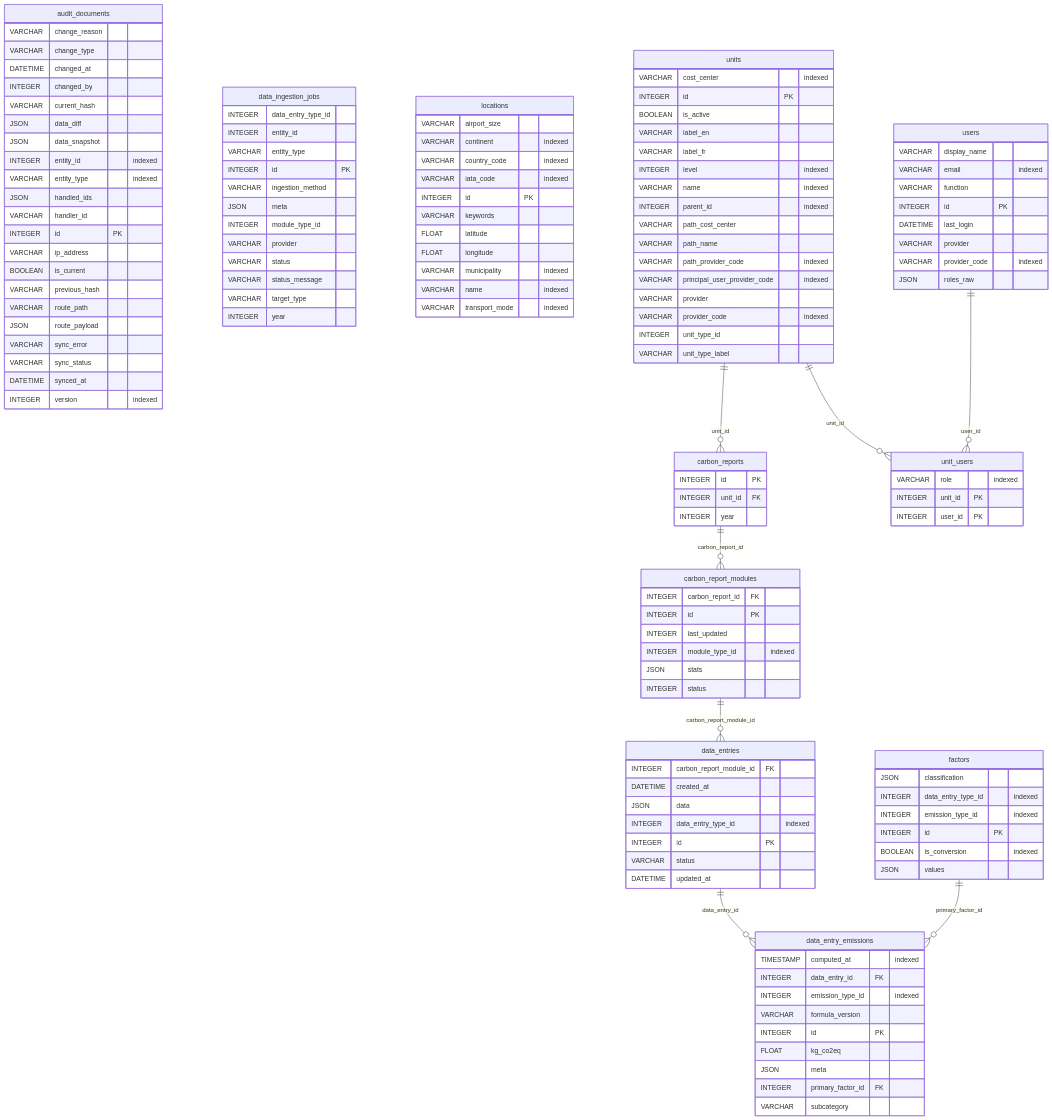
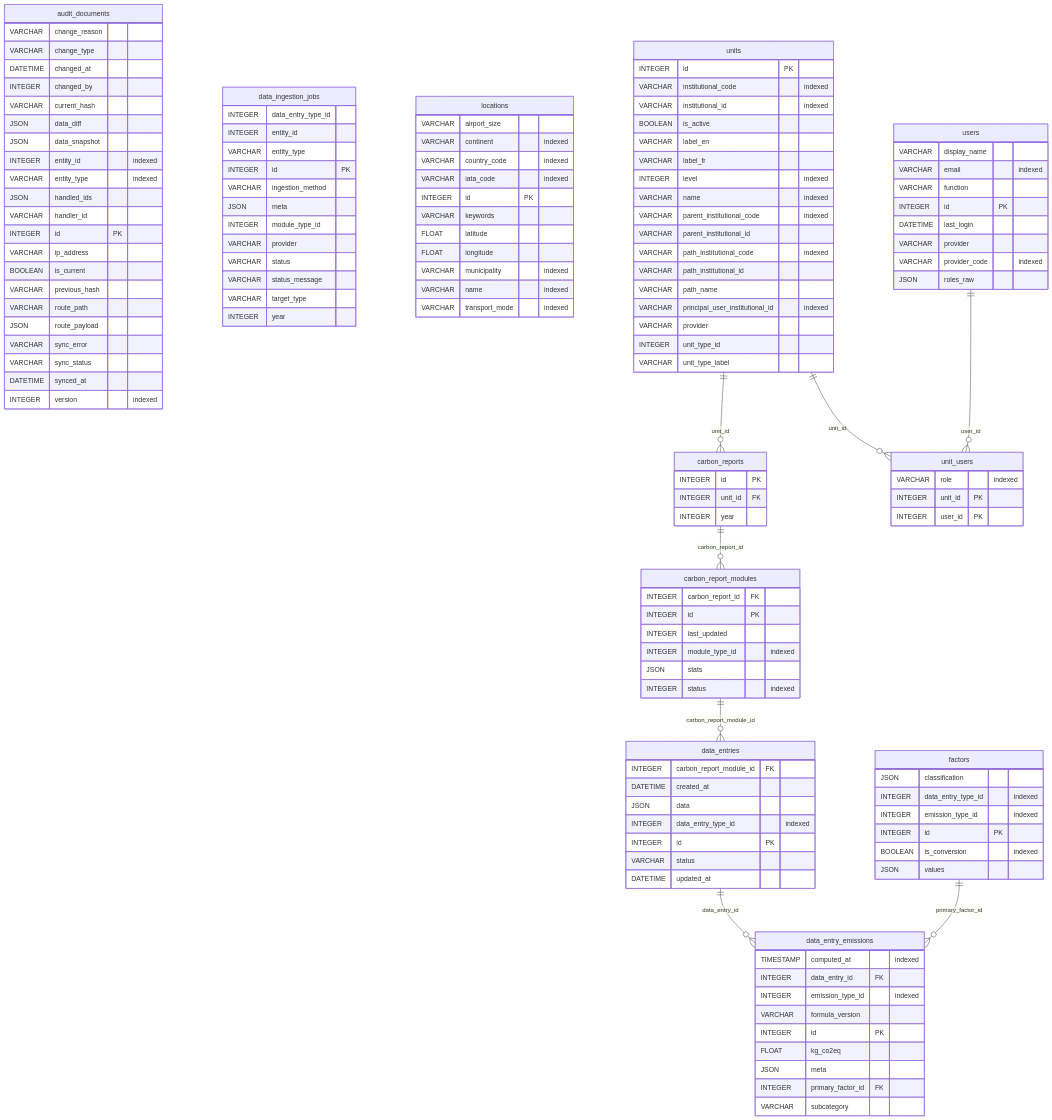
The diagram in docs/src/database/erd.md (EPFL-ENAC/co2-calculator), drawn with Mermaid before and after one commit. The commit also changed 4 other files, not shown here.

```diff
--- a/docs/src/database/erd.md
+++ b/docs/src/database/erd.md
@@ -31,7 +31,7 @@
     INTEGER last_updated
     INTEGER module_type_id "indexed"
     JSON stats
-    INTEGER status
+    INTEGER status "indexed"
   }
   carbon_reports {
     INTEGER id PK
@@ -99,20 +99,21 @@
     INTEGER user_id PK
   }
   units {
-    VARCHAR cost_center "indexed"
     INTEGER id PK
+    VARCHAR institutional_code "indexed"
+    VARCHAR institutional_id "indexed"
     BOOLEAN is_active
     VARCHAR label_en
     VARCHAR label_fr
     INTEGER level "indexed"
     VARCHAR name "indexed"
-    INTEGER parent_id "indexed"
-    VARCHAR path_cost_center
+    VARCHAR parent_institutional_code "indexed"
+    VARCHAR parent_institutional_id
+    VARCHAR path_institutional_code "indexed"
+    VARCHAR path_institutional_id
     VARCHAR path_name
-    VARCHAR path_provider_code "indexed"
-    VARCHAR principal_user_provider_code "indexed"
+    VARCHAR principal_user_institutional_id "indexed"
     VARCHAR provider
-    VARCHAR provider_code "indexed"
     INTEGER unit_type_id
     VARCHAR unit_type_label
   }
```
